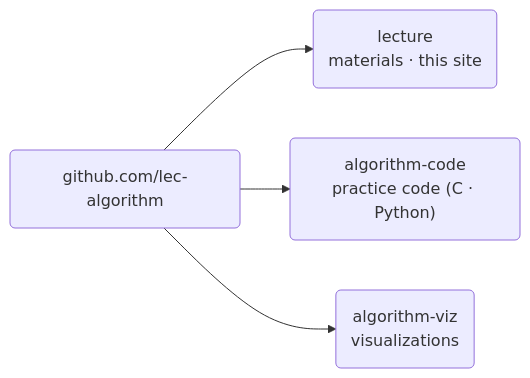
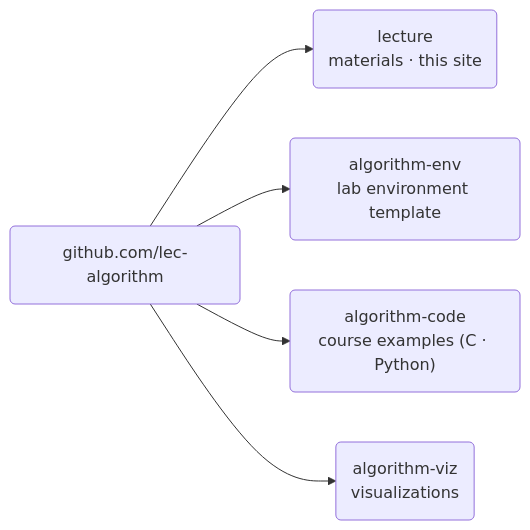
Before and after one commit to lec-algorithm/lecture: the diagram in site/src/content/pages/en/about.mdx, drawn with Mermaid. The commit also changed other lines of this file and 23 other files, not shown here.

````diff
--- a/site/src/content/pages/en/about.mdx
+++ b/site/src/content/pages/en/about.mdx
@@ -68,6 +68,7 @@
 ```mermaid
 flowchart LR
     ORG("github.com/lec-algorithm") --> L("lecture<br/>materials · this site")
-    ORG --> C("algorithm-code<br/>practice code (C · Python)")
+    ORG --> E("algorithm-env<br/>lab environment template")
+    ORG --> C("algorithm-code<br/>course examples (C · Python)")
     ORG --> V("algorithm-viz<br/>visualizations")
 ```
````
